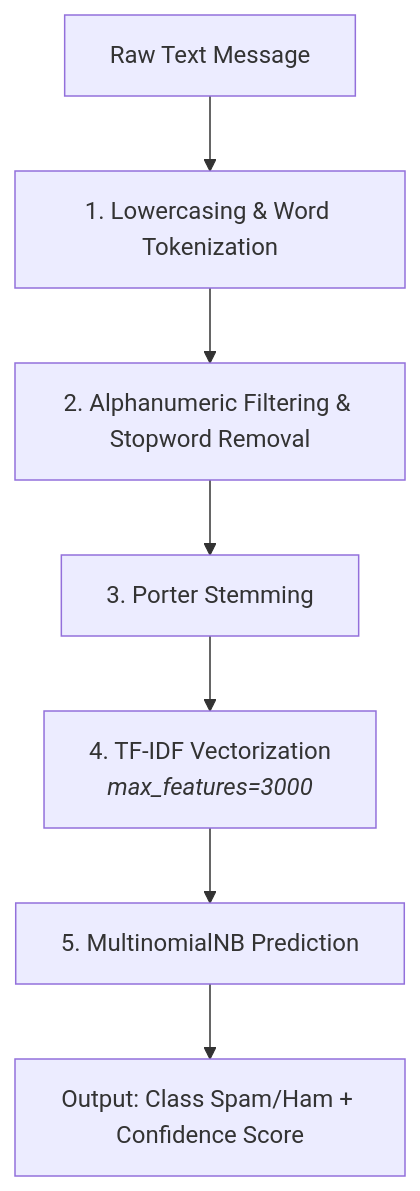
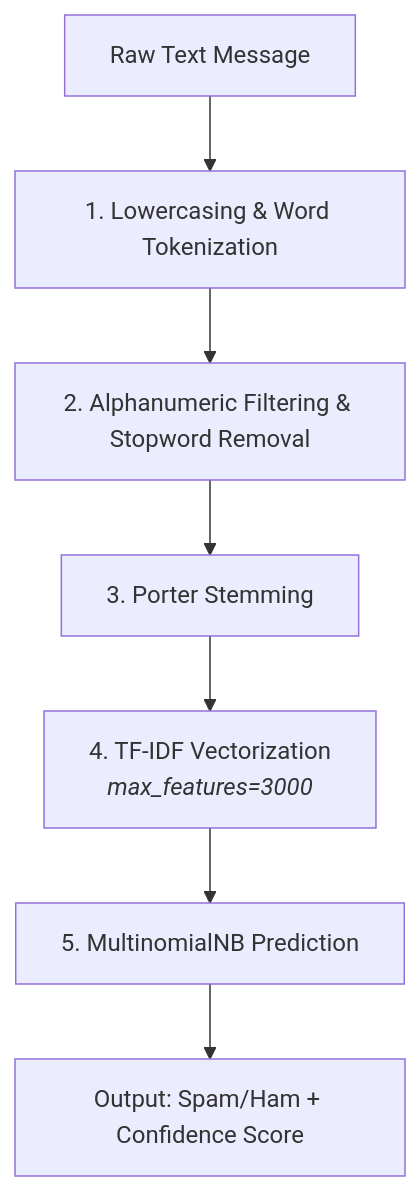
Before and after one commit to manish-singh-deswal/sms-spam-classifier: the diagram in README.md, drawn with Mermaid. The commit also changed other lines of this file and 1 other file, not shown here.

````diff
--- a/README.md
+++ b/README.md
@@ -21,10 +36,9 @@
 ```mermaid
 flowchart TD
     A[Raw Text Message] --> B[1. Lowercasing & Word Tokenization]
     B --> C[2. Alphanumeric Filtering & Stopword Removal]
     C --> D[3. Porter Stemming]
     D --> E[4. TF-IDF Vectorization <br/><i>max_features=3000</i>]
     E --> F[5. MultinomialNB Prediction]
-    F --> G[Output: Class Spam/Ham + Confidence Score]
-
+    F --> G[Output: Spam/Ham + Confidence Score]
 ```
````
